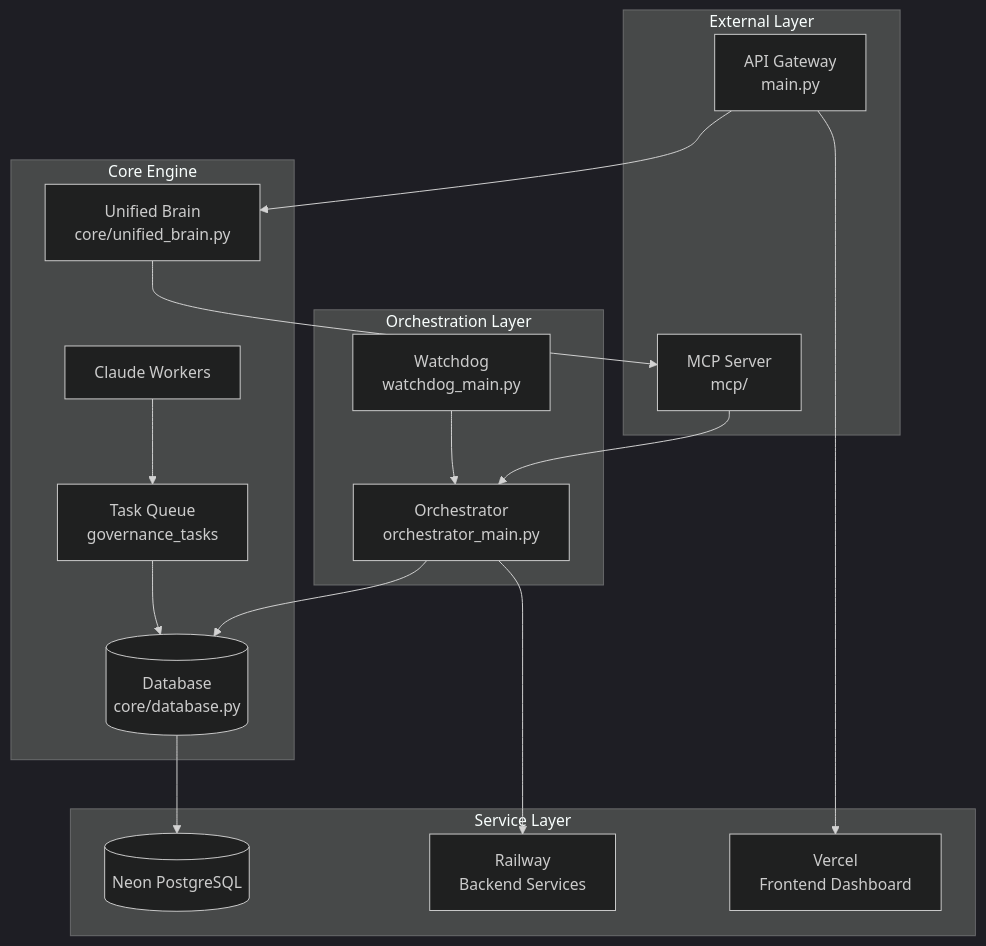
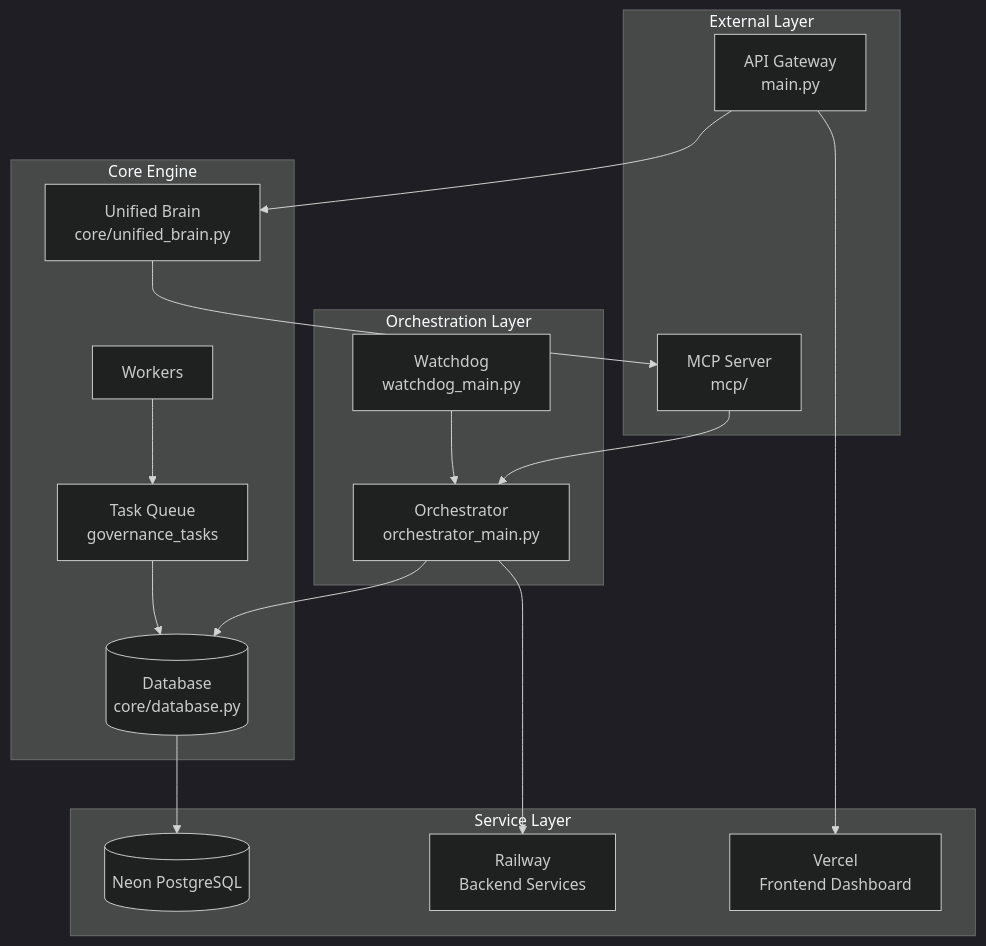
Before and after one commit to SpartanPlumbingJosh/juggernaut-autonomy: the first of 2 diagrams in docs/ARCHITECTURE.md, drawn with Mermaid (dark theme). The commit also changed other lines of this file and 58 other files, not shown here.

````diff
--- a/docs/ARCHITECTURE.md
+++ b/docs/ARCHITECTURE.md
@@ -11,36 +11,36 @@
 ```mermaid
 flowchart TD
     subgraph External["External Layer"]
         API[API Gateway<br>main.py]
         MCP[MCP Server<br>mcp/]
     end
     
     subgraph Orchestration["Orchestration Layer"]
         ORCH[Orchestrator<br>orchestrator_main.py]
         WATCH[Watchdog<br>watchdog_main.py]
     end
     
     subgraph Core["Core Engine"]
         BRAIN[Unified Brain<br>core/unified_brain.py]
         DB[(Database<br>core/database.py)]
         TASK[Task Queue<br>governance_tasks]
-        WORKERS[Claude Workers]
+        WORKERS[Workers]
     end
     
     subgraph Services["Service Layer"]
         RAIL[Railway<br>Backend Services]
         VERCEL[Vercel<br>Frontend Dashboard]
         NEON[(Neon PostgreSQL)]
     end
     
     API --> BRAIN
     BRAIN --> MCP
     MCP --> ORCH
     ORCH --> DB
     WATCH --> ORCH
     DB --> NEON
     WORKERS --> TASK
     TASK --> DB
     ORCH --> RAIL
     API --> VERCEL
 ```
````
